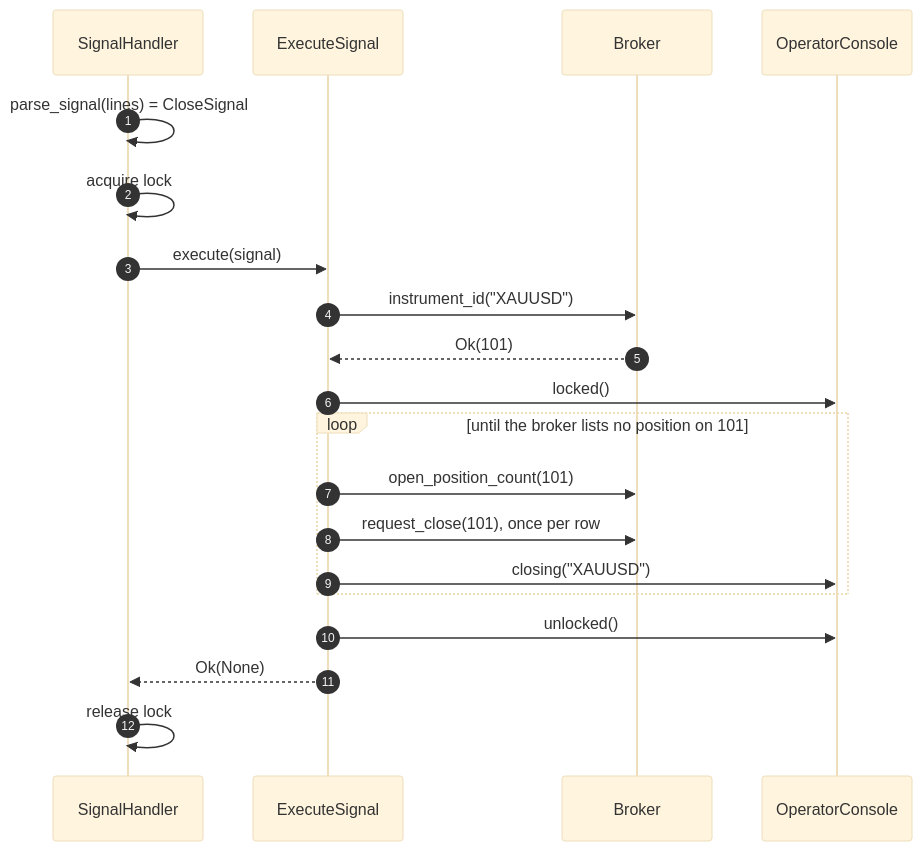
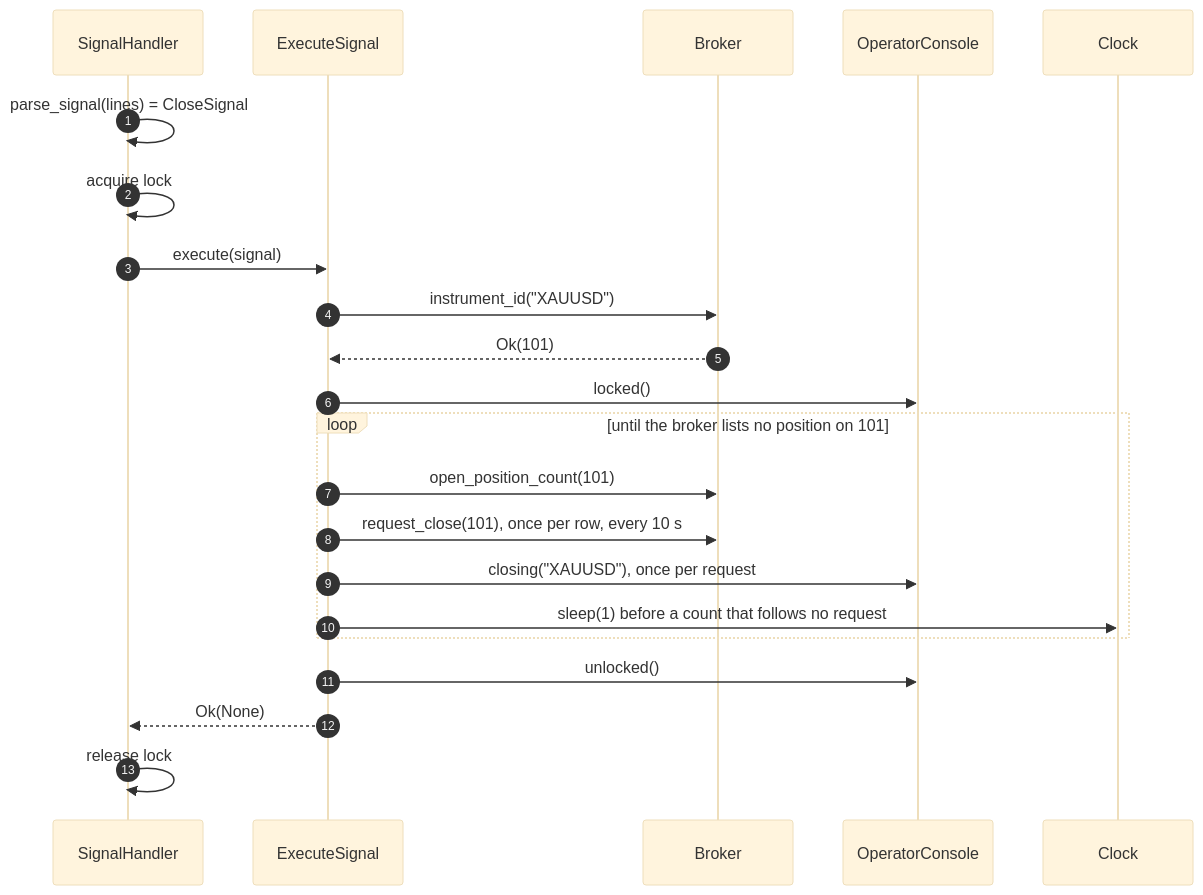
Before and after one commit to Akinzou/TradeLockerBot: the fifth of 6 diagrams in docs/architecture.md, drawn with Mermaid (base theme). The commit also changed other lines of this file and 17 other files, not shown here.

````diff
--- a/docs/architecture.md
+++ b/docs/architecture.md
@@ -219,22 +240,24 @@
 ```mermaid
 sequenceDiagram
     autonumber
     participant H as SignalHandler
     participant UC as ExecuteSignal
     participant B as Broker
     participant C as OperatorConsole
+    participant K as Clock
     H->>H: parse_signal(lines) = CloseSignal
     H->>H: acquire lock
     H->>UC: execute(signal)
     UC->>B: instrument_id("XAUUSD")
     B-->>UC: Ok(101)
     UC->>C: locked()
     loop until the broker lists no position on 101
         UC->>B: open_position_count(101)
-        UC->>B: request_close(101), once per row
-        UC->>C: closing("XAUUSD")
+        UC->>B: request_close(101), once per row, every 10 s
+        UC->>C: closing("XAUUSD"), once per request
+        UC->>K: sleep(1) before a count that follows no request
     end
     UC->>C: unlocked()
     UC-->>H: Ok(None)
     H->>H: release lock
 ```
````
